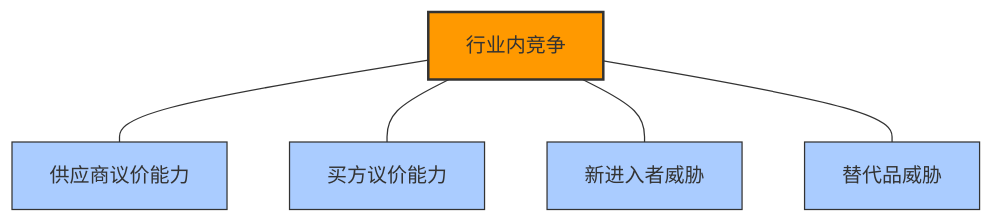
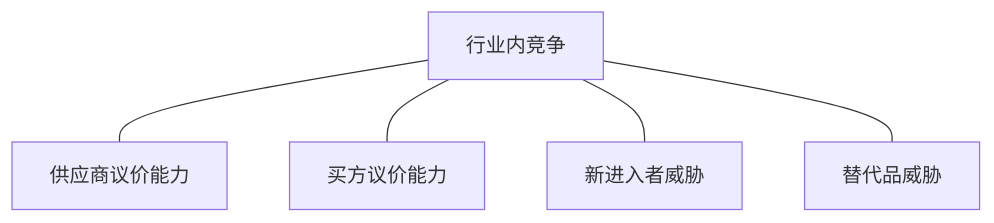
The second of 8 diagrams in src/site/notes/知识共享/002_商业分析/01_学习内容/04_市场与竞争分析/4.1 市场分析框架.md (amcoimg/my-digital-garden), drawn with Mermaid before and after one commit. The commit also changed other lines of this file and 1 other file, not shown here.

````diff
--- a/src/site/notes/知识共享/002_商业分析/01_学习内容/04_市场与竞争分析/4.1 市场分析框架.md
+++ b/src/site/notes/知识共享/002_商业分析/01_学习内容/04_市场与竞争分析/4.1 市场分析框架.md
@@ -295,13 +277,7 @@
 ```mermaid
 graph TD
     A[行业内竞争] --- B[供应商议价能力]
     A --- C[买方议价能力]
     A --- D[新进入者威胁]
     A --- E[替代品威胁]
-    
-    style A fill:#ff9900,stroke:#333,stroke-width:2px
-    style B fill:#aaccff,stroke:#333,stroke-width:1px
-    style C fill:#aaccff,stroke:#333,stroke-width:1px
-    style D fill:#aaccff,stroke:#333,stroke-width:1px
-    style E fill:#aaccff,stroke:#333,stroke-width:1px
 ```
````
